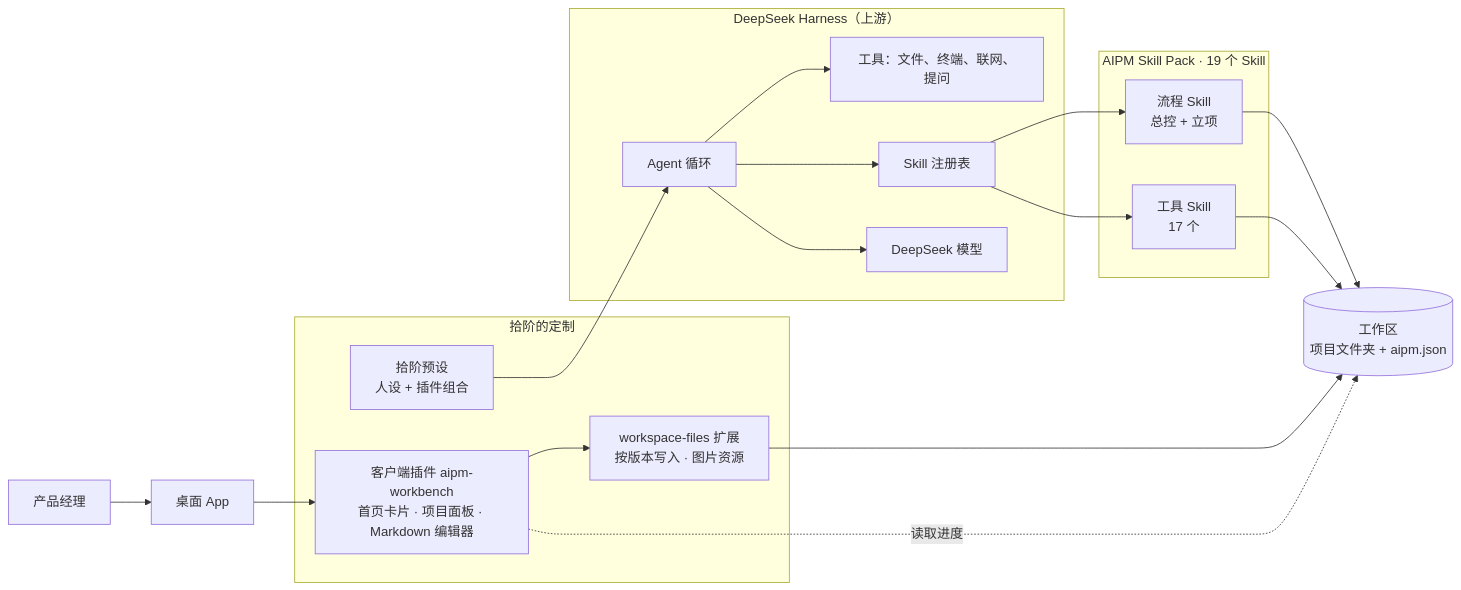
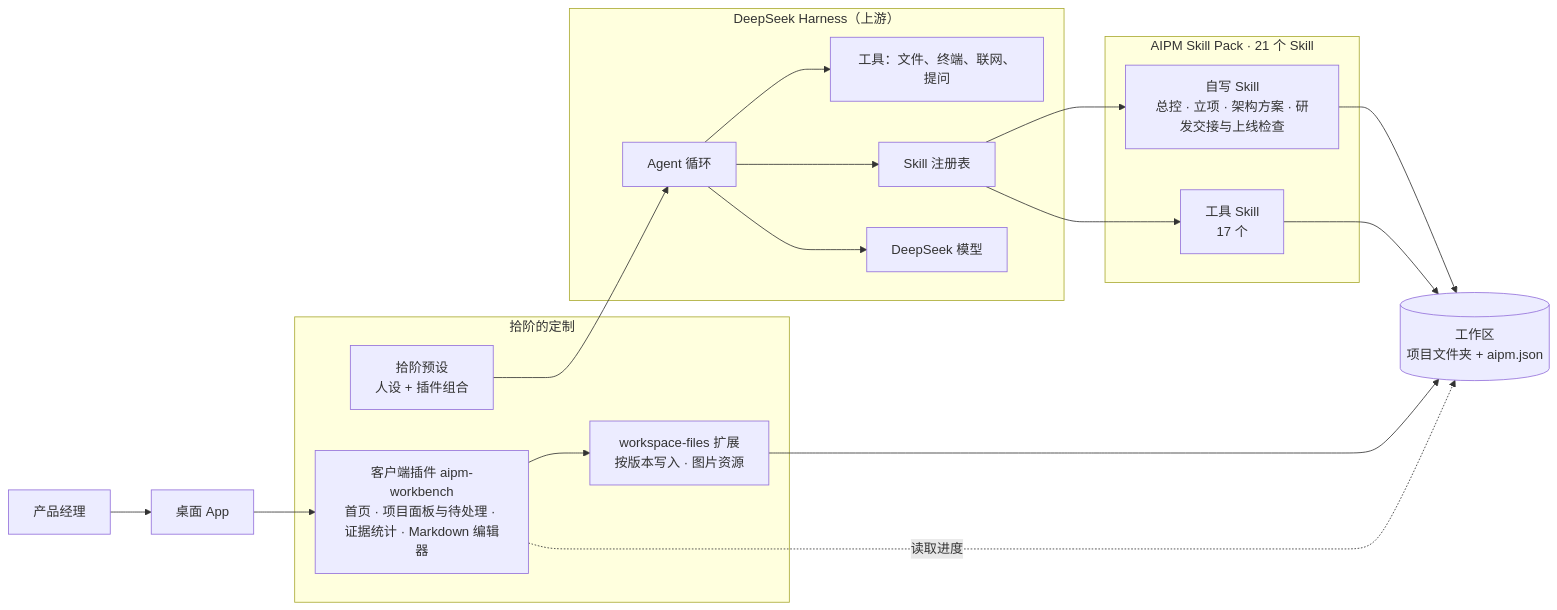
The diagram in README.md (ZeroOnehub/aipm-workbench), drawn with Mermaid before and after one commit. The commit also changed other lines of this file and 20 other files, not shown here.

````diff
--- a/README.md
+++ b/README.md
@@ -51,31 +52,31 @@
 ```mermaid
 flowchart LR
   PM[产品经理] --> UI[桌面 App]
 
   subgraph AIPM[拾阶的定制]
-    Client[客户端插件 aipm-workbench<br/>首页卡片 · 项目面板 · Markdown 编辑器]
+    Client[客户端插件 aipm-workbench<br/>首页 · 项目面板与待处理 · 证据统计 · Markdown 编辑器]
     Preset[拾阶预设<br/>人设 + 插件组合]
     Files[workspace-files 扩展<br/>按版本写入 · 图片资源]
   end
 
   subgraph DSH[DeepSeek Harness（上游）]
     Loop[Agent 循环] --> Tools[工具：文件、终端、联网、提问]
     Loop --> Registry[Skill 注册表]
     Loop --> LLM[DeepSeek 模型]
   end
 
-  subgraph Skills[AIPM Skill Pack · 19 个 Skill]
-    Flow[流程 Skill<br/>总控 + 立项]
+  subgraph Skills[AIPM Skill Pack · 21 个 Skill]
+    Flow[自写 Skill<br/>总控 · 立项 · 架构方案 · 研发交接与上线检查]
     Pack[工具 Skill<br/>17 个]
   end
 
   UI --> Client
   Client --> Files
   Preset --> Loop
   Registry --> Flow
   Registry --> Pack
   Flow --> WS[(工作区<br/>项目文件夹 + aipm.json)]
   Pack --> WS
   Files --> WS
   Client -. 读取进度 .-> WS
 ```
````
